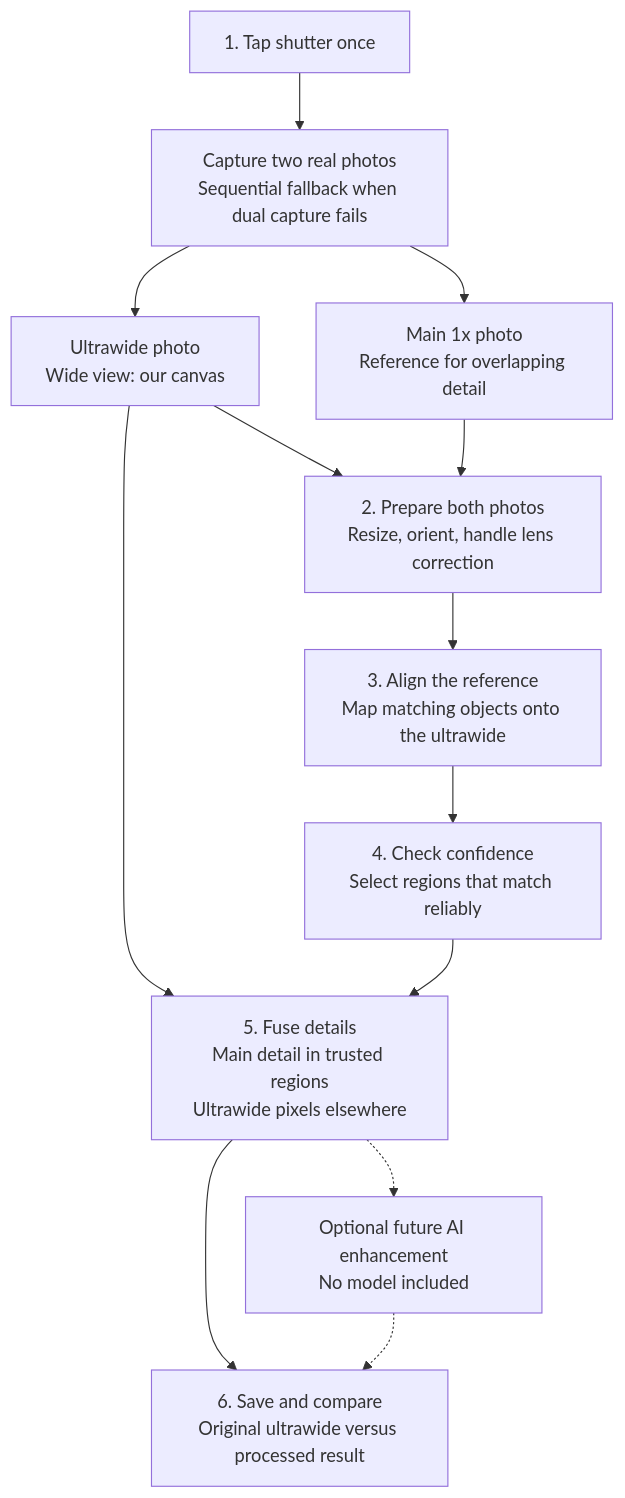
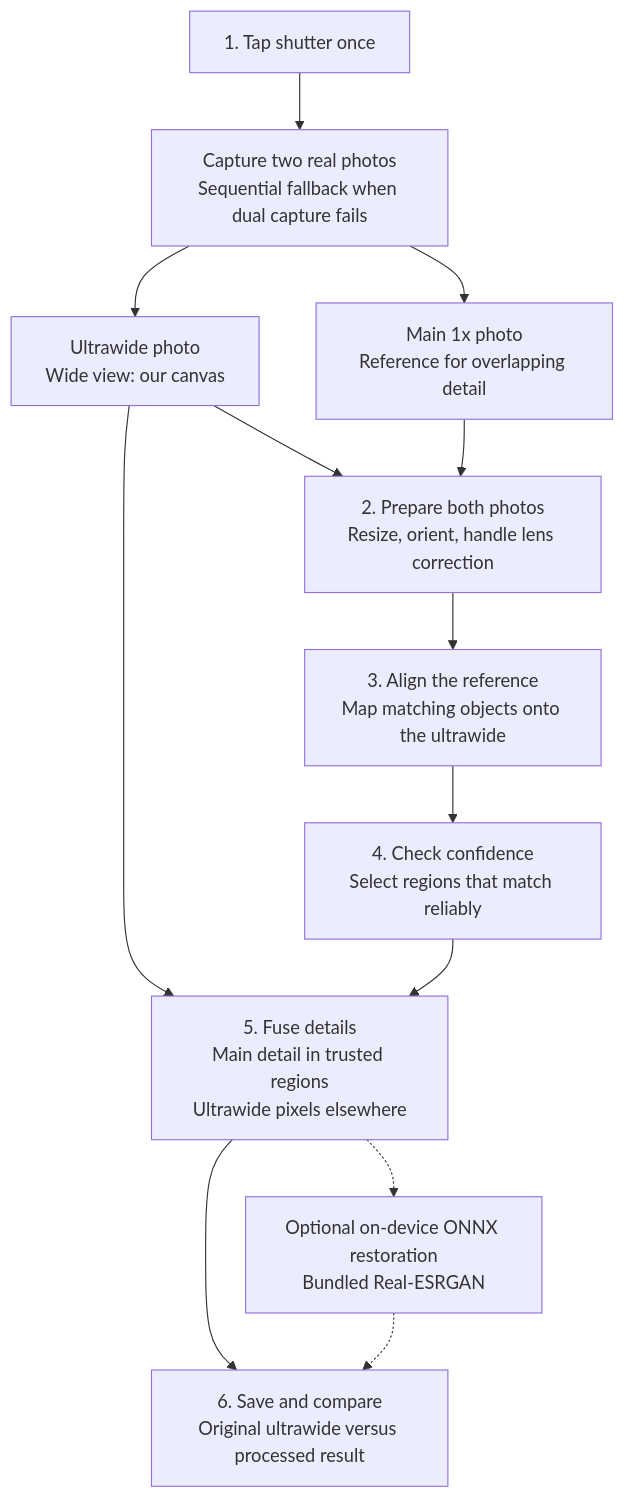
One commit to knminhaz/uw-camera changed the diagram in README.md. Above: the diagram before and after it, drawn with Mermaid. The commit also changed other lines of this file and 52 other files, not shown here.

````diff
--- a/README.md
+++ b/README.md
@@ -11,15 +54,15 @@
 ```mermaid
 flowchart TD
     A["1. Tap shutter once"] --> B["Capture two real photos<br/>Sequential fallback when dual capture fails"]
     B --> U["Ultrawide photo<br/>Wide view: our canvas"]
     B --> M["Main 1x photo<br/>Reference for overlapping detail"]
     U --> P["2. Prepare both photos<br/>Resize, orient, handle lens correction"]
     M --> P
     P --> C["3. Align the reference<br/>Map matching objects onto the ultrawide"]
     C --> D["4. Check confidence<br/>Select regions that match reliably"]
     U --> F["5. Fuse details<br/>Main detail in trusted regions<br/>Ultrawide pixels elsewhere"]
     D --> F
     F --> G["6. Save and compare<br/>Original ultrawide versus processed result"]
-    F -.-> H["Optional future AI enhancement<br/>No model included"]
+    F -.-> H["Optional on-device ONNX restoration<br/>Bundled Real-ESRGAN"]
     H -.-> G
 ```
````
